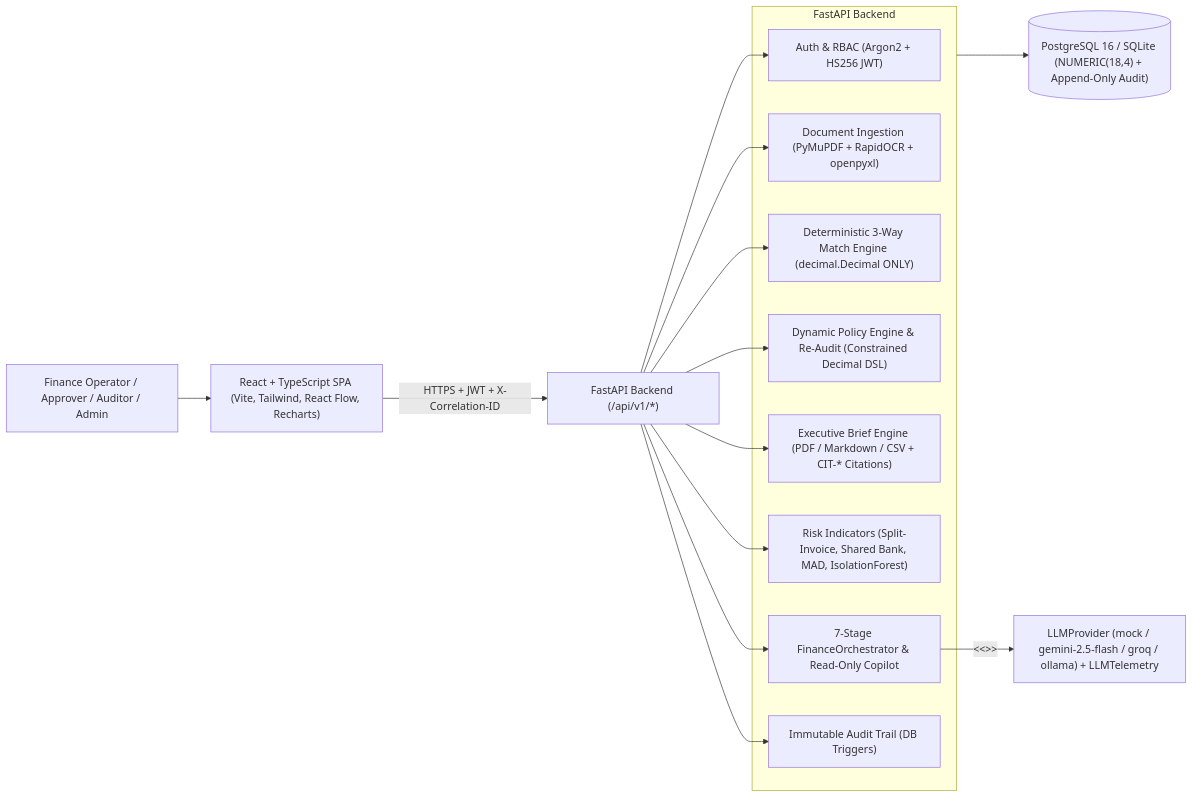
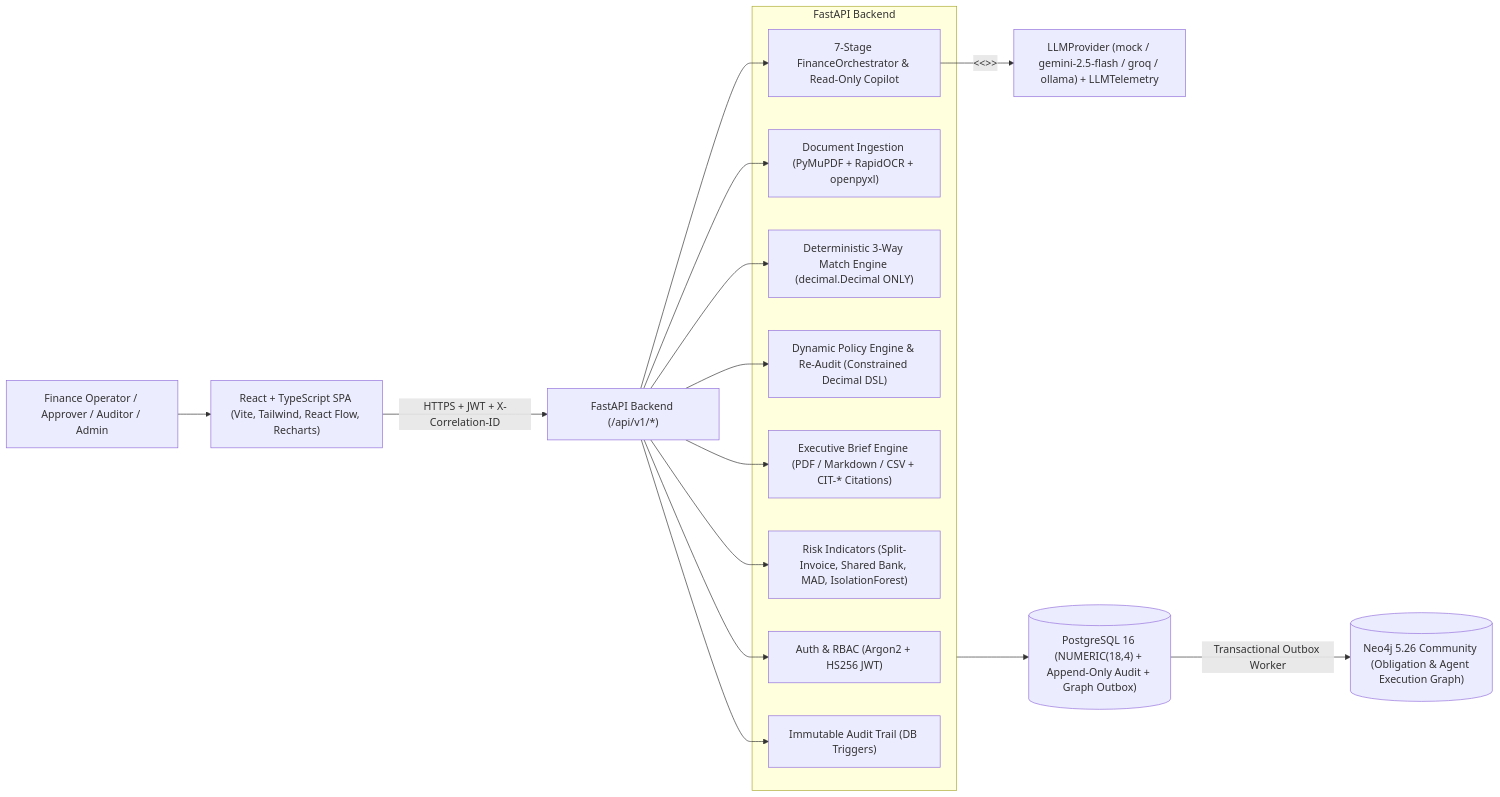
One commit to aadi-learner77/ReconX changed the first of 2 diagrams in README.md. Above: the diagram before and after it, drawn with Mermaid. The commit also changed other lines of this file and 13 other files, not shown here.

Commit message:
docs(neo4j,ui): update README, decisions, Neo4j architecture docs, QA E2E spec, and 1440x900 screenshots

````diff
--- a/README.md
+++ b/README.md
@@ -15,20 +15,21 @@
 ```mermaid
 flowchart LR
     U["Finance Operator / Approver / Auditor / Admin"] --> FE["React + TypeScript SPA (Vite, Tailwind, React Flow, Recharts)"]
     FE -->|"HTTPS + JWT + X-Correlation-ID"| API["FastAPI Backend (/api/v1/*)"]
 
     subgraph Core["FastAPI Backend"]
         AUTH["Auth & RBAC (Argon2 + HS256 JWT)"]
         DOC["Document Ingestion (PyMuPDF + RapidOCR + openpyxl)"]
         RECON["Deterministic 3-Way Match Engine (decimal.Decimal ONLY)"]
         POL["Dynamic Policy Engine & Re-Audit (Constrained Decimal DSL)"]
         BRIEF["Executive Brief Engine (PDF / Markdown / CSV + CIT-* Citations)"]
         RISK["Risk Indicators (Split-Invoice, Shared Bank, MAD, IsolationForest)"]
         AGENT["7-Stage FinanceOrchestrator & Read-Only Copilot"]
         AUDIT["Immutable Audit Trail (DB Triggers)"]
     end
 
     API --> AUTH & DOC & RECON & POL & BRIEF & RISK & AGENT & AUDIT
     AGENT -->|"<<<UNTRUSTED_DOCUMENT_CONTENT>>>"| LLM["LLMProvider (mock / gemini-2.5-flash / groq / ollama) + LLMTelemetry"]
-    Core --> DB[("PostgreSQL 16 / SQLite (NUMERIC(18,4) + Append-Only Audit)")]
+    Core --> DB[("PostgreSQL 16 (NUMERIC(18,4) + Append-Only Audit + Graph Outbox)")]
+    DB -->|"Transactional Outbox Worker"| NEO[("Neo4j 5.26 Community (Obligation & Agent Execution Graph)")]
 ```
````
